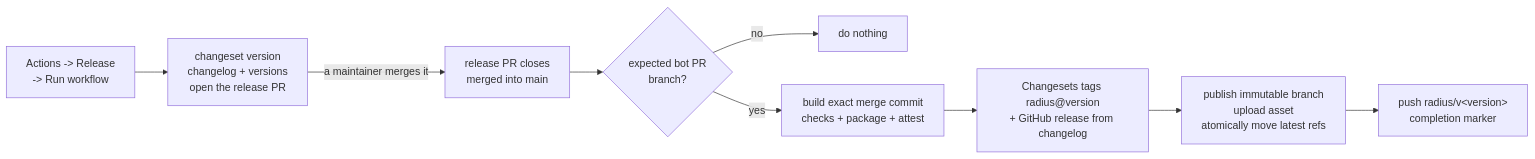
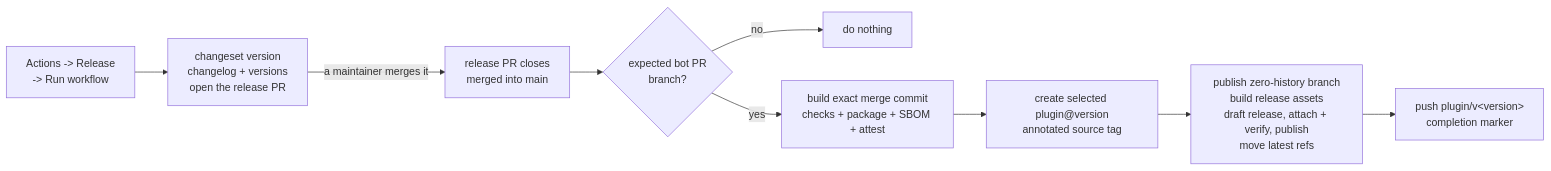
The diagram in docs/eng/RELEASING.md (radius-project/ai-extensions), drawn with Mermaid before and after one commit. The commit also changed other lines of this file and 30 other files, not shown here.

Commit message:
feat: introduce plugin management for versioning and release processes

````diff
--- a/docs/eng/RELEASING.md
+++ b/docs/eng/RELEASING.md
@@ -68,11 +73,11 @@
 ```mermaid
 graph LR
     Dispatch["Actions -> Release<br/>-> Run workflow"] --> Prep["changeset version<br/>changelog + versions<br/>open the release PR"]
     Prep -->|a maintainer merges it| Merge["release PR closes<br/>merged into main"]
   Merge --> Q{"expected bot PR<br/>branch?"}
   Q -->|no| Skip["do nothing"]
-  Q -->|yes| Build["build exact merge commit<br/>checks + package + attest"]
-  Build --> Tag["Changesets tags radius@version<br/>+ GitHub release from changelog"]
-  Tag --> Art["publish immutable branch<br/>upload asset<br/>atomically move latest refs"]
-  Art --> Done["push radius/v&lt;version&gt;<br/>completion marker"]
+  Q -->|yes| Build["build exact merge commit<br/>checks + package + SBOM + attest"]
+  Build --> Tag["create selected plugin@version<br/>annotated source tag"]
+  Tag --> Art["publish zero-history branch<br/>build release assets<br/>draft release, attach + verify, publish<br/>move latest refs"]
+    Art --> Done["push plugin/v&lt;version&gt;<br/>completion marker"]
 ```
````
